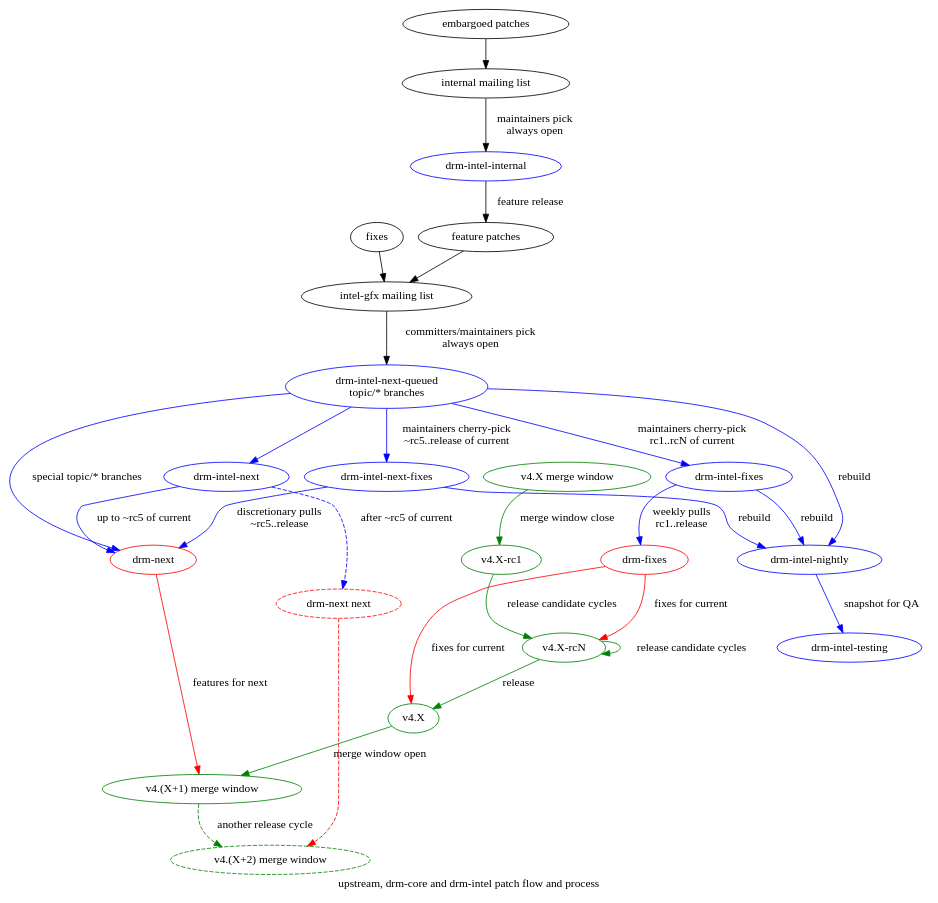
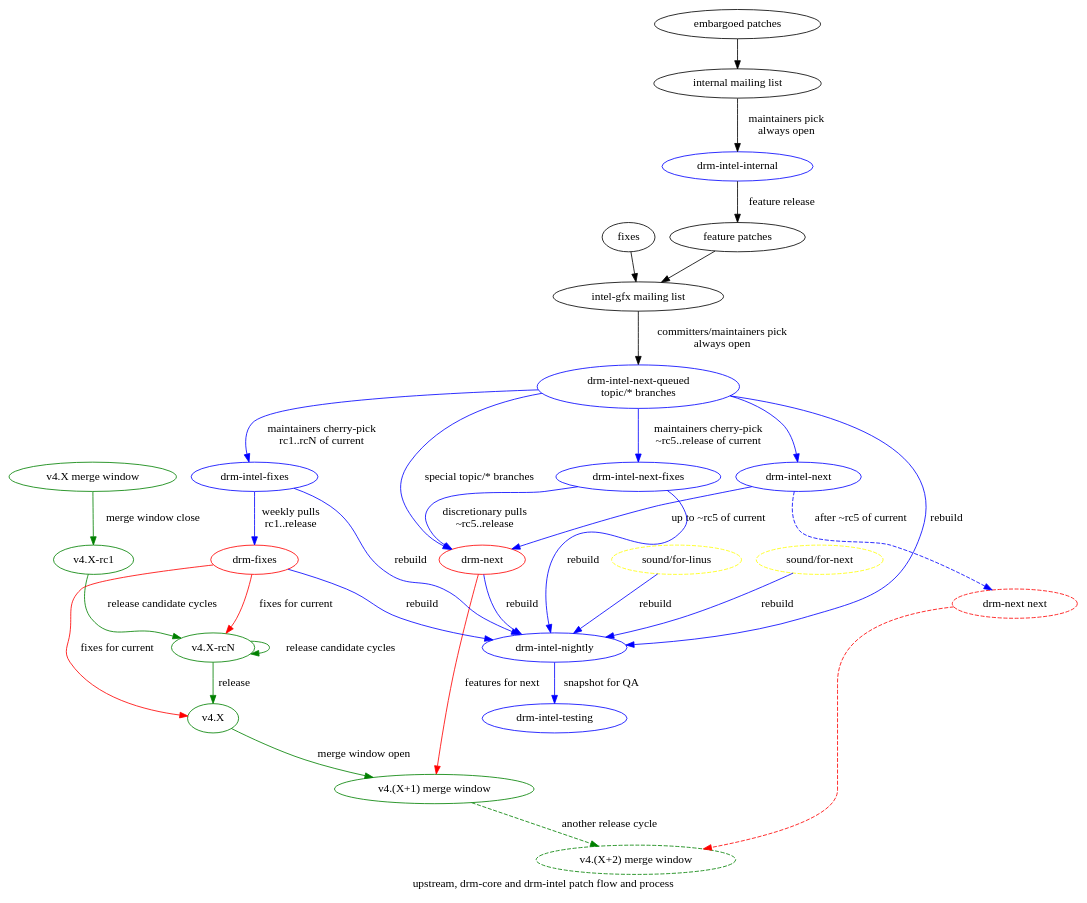
The diagram in drm-intel-flow.dot (vsyrjala/linux), drawn with Graphviz before and after one commit. The commit also changed 1 other file, not shown here.

Commit message:
drm-intel: Extend docs for branches a bit
- Add links to for all the trees that get merged into -nightly (Yann
  Argotti asked about some of those details), including sound trees.

v2: Don't explain -internal.

```diff
--- a/drm-intel-flow.dot
+++ b/drm-intel-flow.dot
@@ -1,91 +1,99 @@
 #
 # Copyright © 2014-2015 Intel Corporation
 #
 # Permission is hereby granted, free of charge, to any person obtaining a
 # copy of this software and associated documentation files (the "Software"),
 # to deal in the Software without restriction, including without limitation
 # the rights to use, copy, modify, merge, publish, distribute, sublicense,
 # and/or sell copies of the Software, and to permit persons to whom the
 # Software is furnished to do so, subject to the following conditions:
 #
 # The above copyright notice and this permission notice (including the next
 # paragraph) shall be included in all copies or substantial portions of the
 # Software.
 #
 # THE SOFTWARE IS PROVIDED "AS IS", WITHOUT WARRANTY OF ANY KIND, EXPRESS OR
 # IMPLIED, INCLUDING BUT NOT LIMITED TO THE WARRANTIES OF MERCHANTABILITY,
 # FITNESS FOR A PARTICULAR PURPOSE AND NONINFRINGEMENT.  IN NO EVENT SHALL
 # THE AUTHORS OR COPYRIGHT HOLDERS BE LIABLE FOR ANY CLAIM, DAMAGES OR OTHER
 # LIABILITY, WHETHER IN AN ACTION OF CONTRACT, TORT OR OTHERWISE, ARISING
 # FROM, OUT OF OR IN CONNECTION WITH THE SOFTWARE OR THE USE OR OTHER DEALINGS
 # IN THE SOFTWARE.
 #
 # Authors:
 #	Jani Nikula <jani.nikula@intel.com>
 #
 
 strict digraph "drm-intel" {
        label="upstream, drm-core and drm-intel patch flow and process"
 
        # upstream
        mw1 [label="v4.X merge window" color=green]
        rc1 [label="v4.X-rc1" color=green]
        rcN [label="v4.X-rcN" color=green]
        release [label="v4.X" color=green]
        mw2 [label="v4.(X+1) merge window" color=green]
        mw3 [label="v4.(X+2) merge window" color=green style=dashed]
 
        mw1 -> rc1 [label="merge window close" color=green];
        rc1 -> rcN -> rcN [label="release candidate cycles" color=green];
        rcN -> release [label="release" color=green];
        release -> mw2 [label="merge window open" color=green];
        mw2 -> mw3 [label="another release cycle" color=green style=dashed];
 
        # drm-core
        "drm-next" [color=red]
        "drm-fixes" [color=red]
        "drm-next next" [color=red style=dashed]
 
        "drm-fixes" -> rcN [label="fixes for current" color=red]
        "drm-fixes" -> release [label="fixes for current" color=red]
        "drm-next" -> mw2 [label="features for next" color=red]
        "drm-next next" -> mw3 [color=red style=dashed]
 
        # drm-intel
        "drm-intel-fixes" [color=blue]
        "drm-intel-next" [color=blue]
        "drm-intel-next-fixes" [color=blue]
        "drm-intel-next-queued" [label="drm-intel-next-queued\ntopic/* branches" color=blue]
        "drm-intel-nightly" [color=blue]
        "drm-intel-testing" [color=blue]
        "drm-intel-internal" [color=blue]
 
        "drm-intel-fixes" -> "drm-fixes" [label="weekly pulls\nrc1..release" color=blue]
        "drm-intel-next" -> "drm-next next" [label="after ~rc5 of current" color=blue style=dashed]
        "drm-intel-next" -> "drm-next" [label="up to ~rc5 of current" color=blue]
        "drm-intel-next-fixes" -> "drm-next" [label="discretionary pulls\n~rc5..release" color=blue]
        "drm-intel-next-queued" -> "drm-intel-next" [color=blue]
        "drm-intel-next-queued" -> "drm-next" [label="special topic/* branches" color=blue]
        "drm-intel-nightly" -> "drm-intel-testing" [label="snapshot for QA" color=blue]
 
+       # other trees in nightly
+       "sound/for-linus" [color=yellow style=dashed]
+       "sound/for-next" [color=yellow style=dashed]
+
        # nightly rebuild
        "drm-intel-fixes" -> "drm-intel-nightly" [label="rebuild" color=blue]
        "drm-intel-next-fixes" -> "drm-intel-nightly" [label="rebuild" color=blue]
        "drm-intel-next-queued" -> "drm-intel-nightly" [label="rebuild" color=blue]
+       "drm-next" -> "drm-intel-nightly" [label="rebuild" color=blue]
+       "drm-fixes" -> "drm-intel-nightly" [label="rebuild" color=blue]
+       "sound/for-next" -> "drm-intel-nightly" [label="rebuild" color=blue]
+       "sound/for-linus" -> "drm-intel-nightly" [label="rebuild" color=blue]
 
        # patch flow
        "intel-gfx" [label="intel-gfx mailing list"]
        "internal" [label="internal mailing list"]
 
        "fixes" -> "intel-gfx"
        "feature patches" -> "intel-gfx"
 
        "embargoed patches" -> "internal"
        "drm-intel-internal" -> "feature patches" [label="feature release"]
 
        "internal" -> "drm-intel-internal" [label="maintainers pick\nalways open"]
 
        "intel-gfx" -> "drm-intel-next-queued" [label="committers/maintainers pick\nalways open"]
        "drm-intel-next-queued" -> "drm-intel-fixes" [label="maintainers cherry-pick\nrc1..rcN of current" color=blue]
        "drm-intel-next-queued" -> "drm-intel-next-fixes" [label="maintainers cherry-pick\n~rc5..release of current" color=blue]
 }
```
